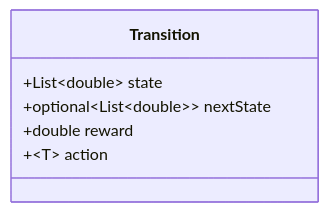
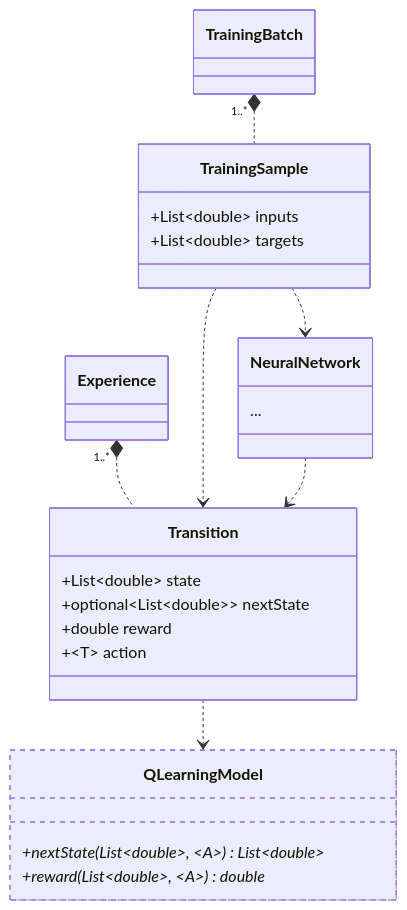
The second of 2 diagrams in README.md (alejandrofsevilla/neural-network-notes), drawn with Mermaid before and after one commit. The commit also changed other lines of this file, not shown here.

````diff
--- a/README.md
+++ b/README.md
@@ -357,8 +360,22 @@
 ```mermaid
 classDiagram
 class Transition
+Experience "1..*" *.. Transition
 Transition: +List~double~ state
 Transition: +optional~List~double~~ nextState
 Transition: +double reward
 Transition: +~T~ action
+TrainingSample ..> Transition
+TrainingSample: +List~double~ inputs
+TrainingSample: +List~double~ targets
+TrainingBatch "1..*" *.. TrainingSample
+TrainingSample ..> NeuralNetwork
+NeuralNetwork ..> Transition
+NeuralNetwork: ...
+
+class QLearningModel
+style QLearningModel stroke: stroke-width:2px,stroke-dasharray: 5 5
+QLearningModel: +nextState(List~double~, ~A~) List~double~*
+QLearningModel: +reward(List~double~, ~A~) double*
+Transition ..> QLearningModel
 ```
````
